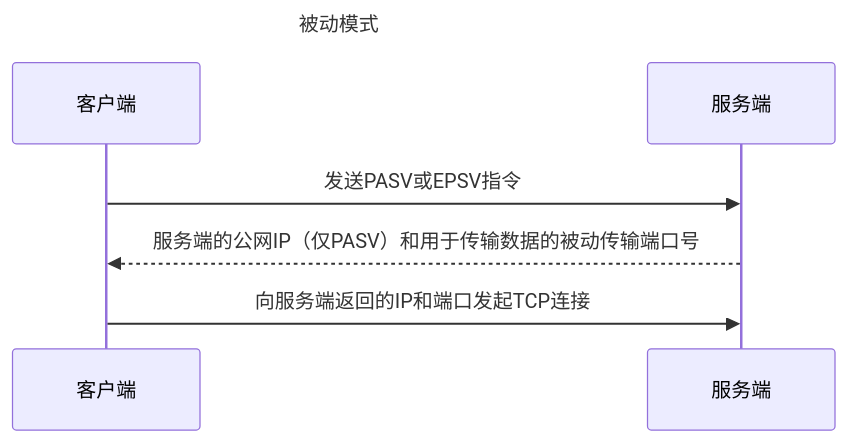
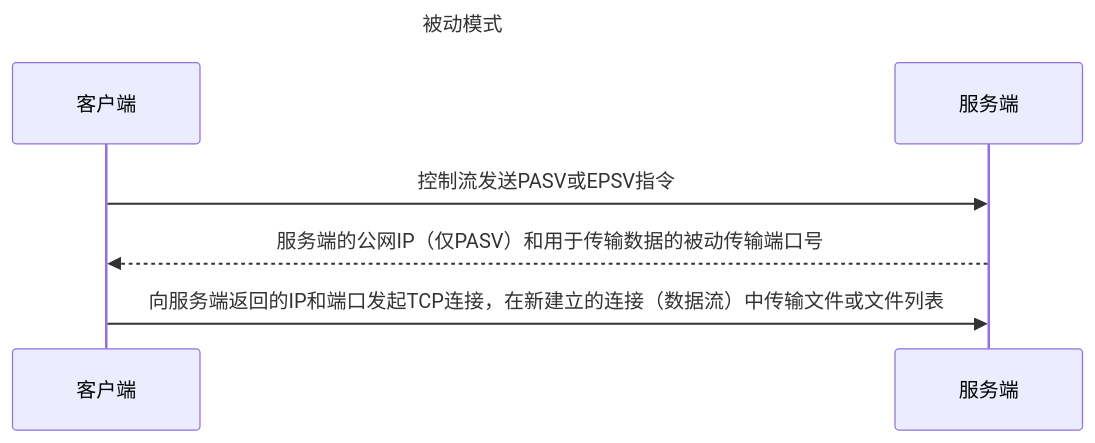
The second of 4 diagrams in docs/guide/advanced/ftp.md (zyp91281115/docs), drawn with Mermaid before and after one commit. The commit also changed other lines of this file and 11 other files, not shown here.

````diff
--- a/docs/guide/advanced/ftp.md
+++ b/docs/guide/advanced/ftp.md
@@ -53,9 +65,9 @@
 ```mermaid
 ---
 title: 被动模式
 ---
 sequenceDiagram
-    客户端->>服务端: 发送PASV或EPSV指令
+    客户端->>服务端: 控制流发送PASV或EPSV指令
     服务端-->>客户端: 服务端的公网IP（仅PASV）和用于传输数据的被动传输端口号
-    客户端->>服务端: 向服务端返回的IP和端口发起TCP连接
+    客户端->>服务端: 向服务端返回的IP和端口发起TCP连接，在新建立的连接（数据流）中传输文件或文件列表
 ```
````
